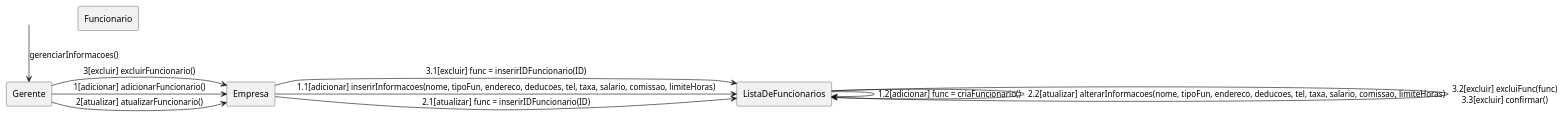
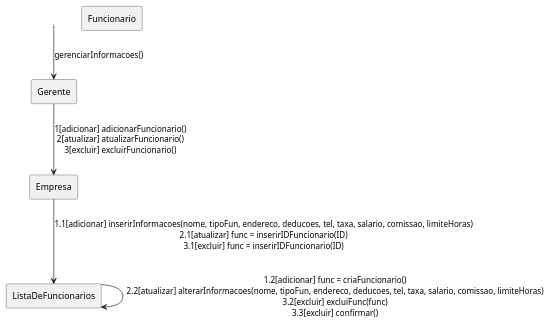
One commit to tikaradate/CI1163-Design_de_Software changed the diagram in casos_de_uso/caso-5/5-DCom.plantuml. Above: the diagram before and after it, drawn with PlantUML. The commit also changed 3 other files, not shown here.

```diff
--- a/casos_de_uso/caso-5/5-DCom.plantuml
+++ b/casos_de_uso/caso-5/5-DCom.plantuml
@@ -1,25 +1,19 @@
 @startuml
 rectangle "Gerente" as gerente
 'rectangle "FolhaDePagamento" as folha
 'rectangle "Pagamento" as pagamento
 rectangle "Funcionario" as funcionario
 rectangle "Empresa" as empresa
 rectangle "ListaDeFuncionarios" as lista
 'rectangle "Venda" as venda
 'rectangle "Ponto" as ponto
 'rectangle "BaseDeDadosProjetos" as base
 'rectangle "Projeto" as projeto
 label " " as ini
 
-ini -down-> gerente     : gerenciarInformacoes()
-gerente -> empresa      : 1[adicionar] adicionarFuncionario()
-empresa -> lista        : 1.1[adicionar] inserirInformacoes(nome, tipoFun, endereco, deducoes, tel, taxa, salario, comissao, limiteHoras)
-lista -> lista          : 1.2[adicionar] func = criaFuncionario()
-gerente -> empresa      : 2[atualizar] atualizarFuncionario()
-empresa -> lista        : 2.1[atualizar] func = inserirIDFuncionario(ID)
-lista -> lista          : 2.2[atualizar] alterarInformacoes(nome, tipoFun, endereco, deducoes, tel, taxa, salario, comissao, limiteHoras)
-gerente -> empresa      : 3[excluir] excluirFuncionario()
-empresa -> lista        : 3.1[excluir] func = inserirIDFuncionario(ID)
-lista -> lista          : 3.2[excluir] excluiFunc(func)\n3.3[excluir] confirmar()
+ini     -down-> gerente     : gerenciarInformacoes()
+gerente -down-> empresa     : 1[adicionar] adicionarFuncionario()\n2[atualizar] atualizarFuncionario()\n3[excluir] excluirFuncionario()
+empresa -down-> lista       : 1.1[adicionar] inserirInformacoes(nome, tipoFun, endereco, deducoes, tel, taxa, salario, comissao, limiteHoras)\n2.1[atualizar] func = inserirIDFuncionario(ID)\n3.1[excluir] func = inserirIDFuncionario(ID)
+lista   -down-> lista       : 1.2[adicionar] func = criaFuncionario()\n2.2[atualizar] alterarInformacoes(nome, tipoFun, endereco, deducoes, tel, taxa, salario, comissao, limiteHoras)\n3.2[excluir] excluiFunc(func)\n3.3[excluir] confirmar()
 
 @enduml
```
